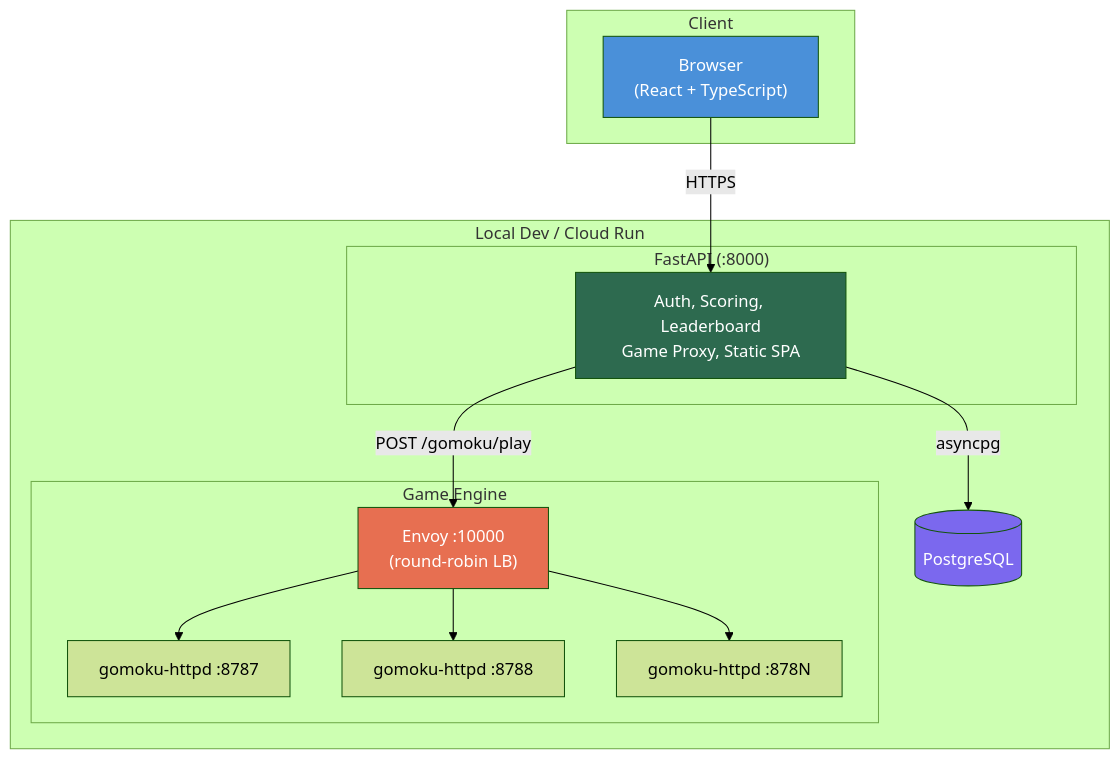
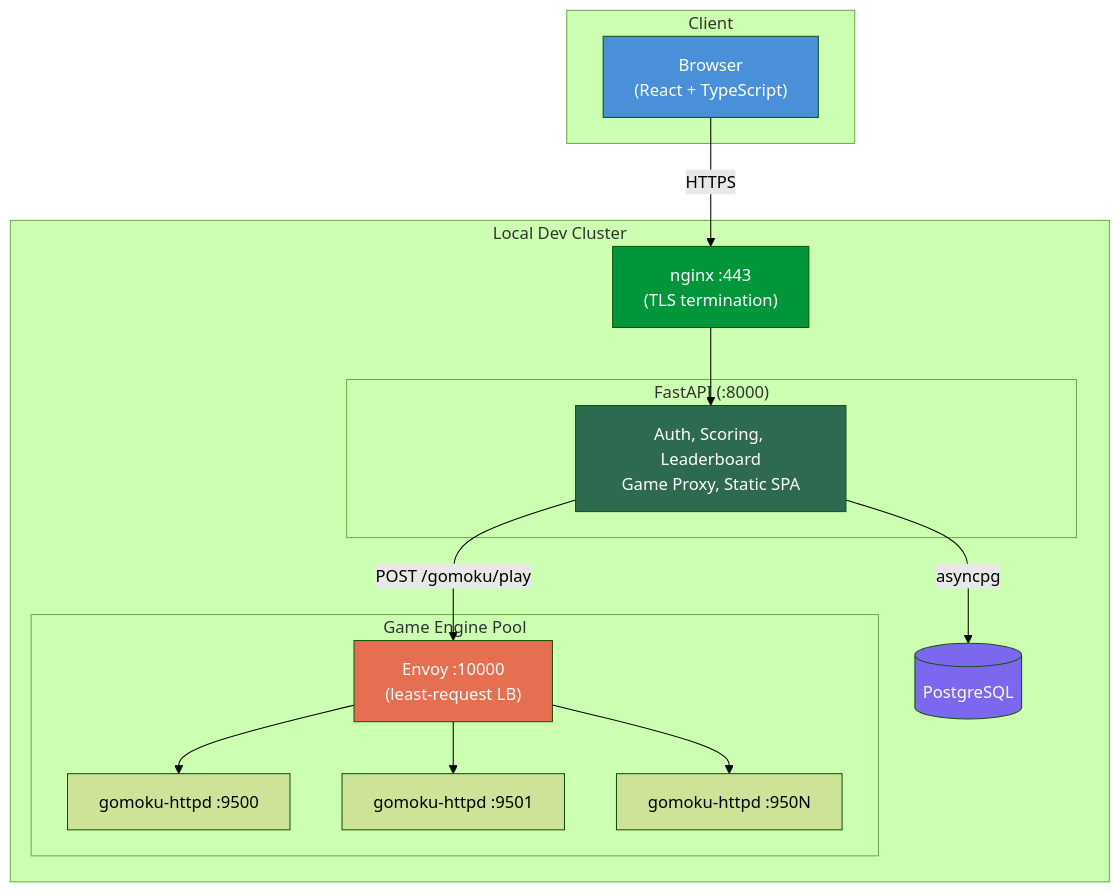
Before and after one commit to kigster/gomoku-ansi-c: the diagram in README.md, drawn with Mermaid (forest theme). The commit also changed other lines of this file, not shown here.

````diff
--- a/README.md
+++ b/README.md
@@ -78,31 +151,35 @@
 ```mermaid
 graph TB
     subgraph Client
         Browser["Browser<br/>(React + TypeScript)"]
     end
 
-    subgraph "Local Dev / Cloud Run"
+    subgraph "Local Dev Cluster"
+        Nginx["nginx :443<br/>(TLS termination)"]
+
         subgraph "FastAPI (:8000)"
             API["Auth, Scoring, Leaderboard<br/>Game Proxy, Static SPA"]
         end
 
-        subgraph "Game Engine"
-            Envoy["Envoy :10000<br/>(round-robin LB)"]
-            W1["gomoku-httpd :8787"]
-            W2["gomoku-httpd :8788"]
-            WN["gomoku-httpd :878N"]
+        subgraph "Game Engine Pool"
+            Envoy["Envoy :10000<br/>(least-request LB)"]
+            W1["gomoku-httpd :9500"]
+            W2["gomoku-httpd :9501"]
+            WN["gomoku-httpd :950N"]
         end
 
         PG[("PostgreSQL")]
     end
 
-    Browser -->|"HTTPS"| API
+    Browser -->|"HTTPS"| Nginx
+    Nginx --> API
     API -->|"POST /gomoku/play"| Envoy
     Envoy --> W1 & W2 & WN
     API -->|"asyncpg"| PG
 
     style Browser fill:#4A90D9,color:#fff
+    style Nginx fill:#009639,color:#fff
     style API fill:#2D6A4F,color:#fff
     style Envoy fill:#E76F51,color:#fff
     style PG fill:#7B68EE,color:#fff
 ```
````
